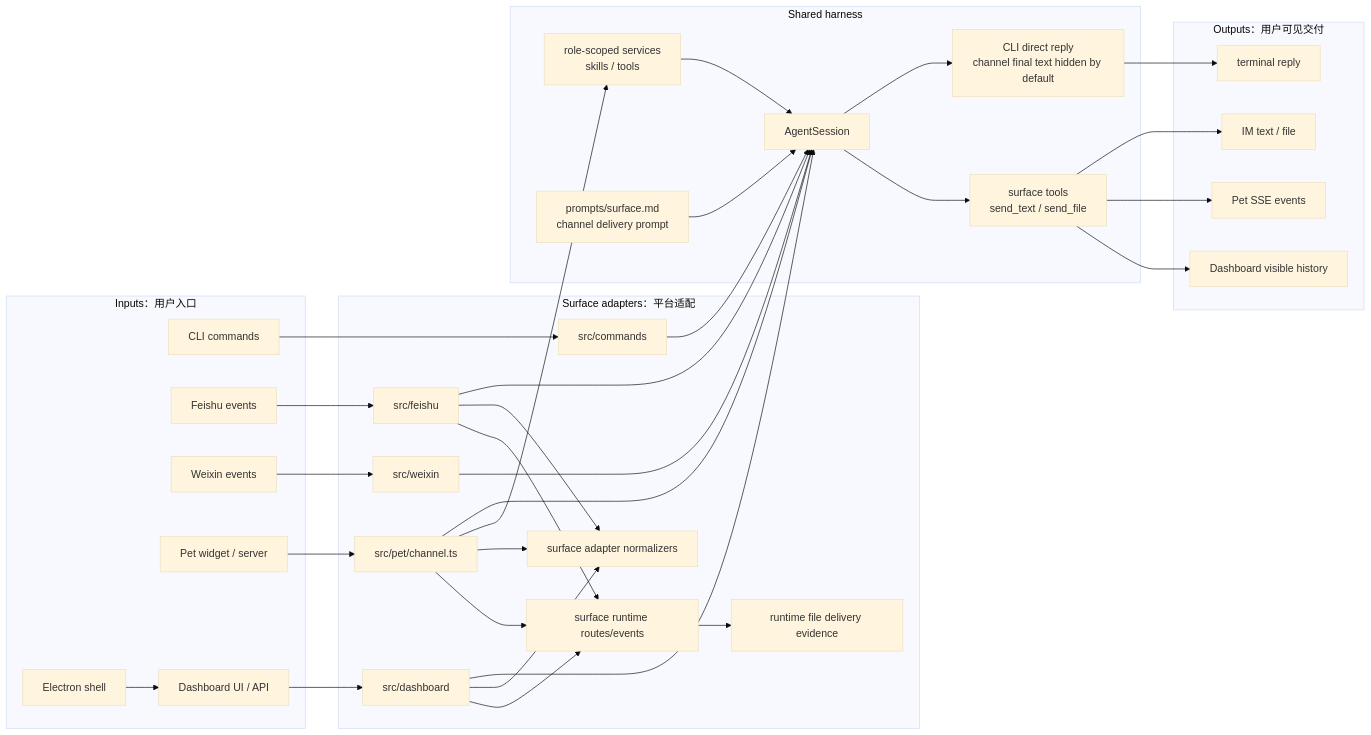
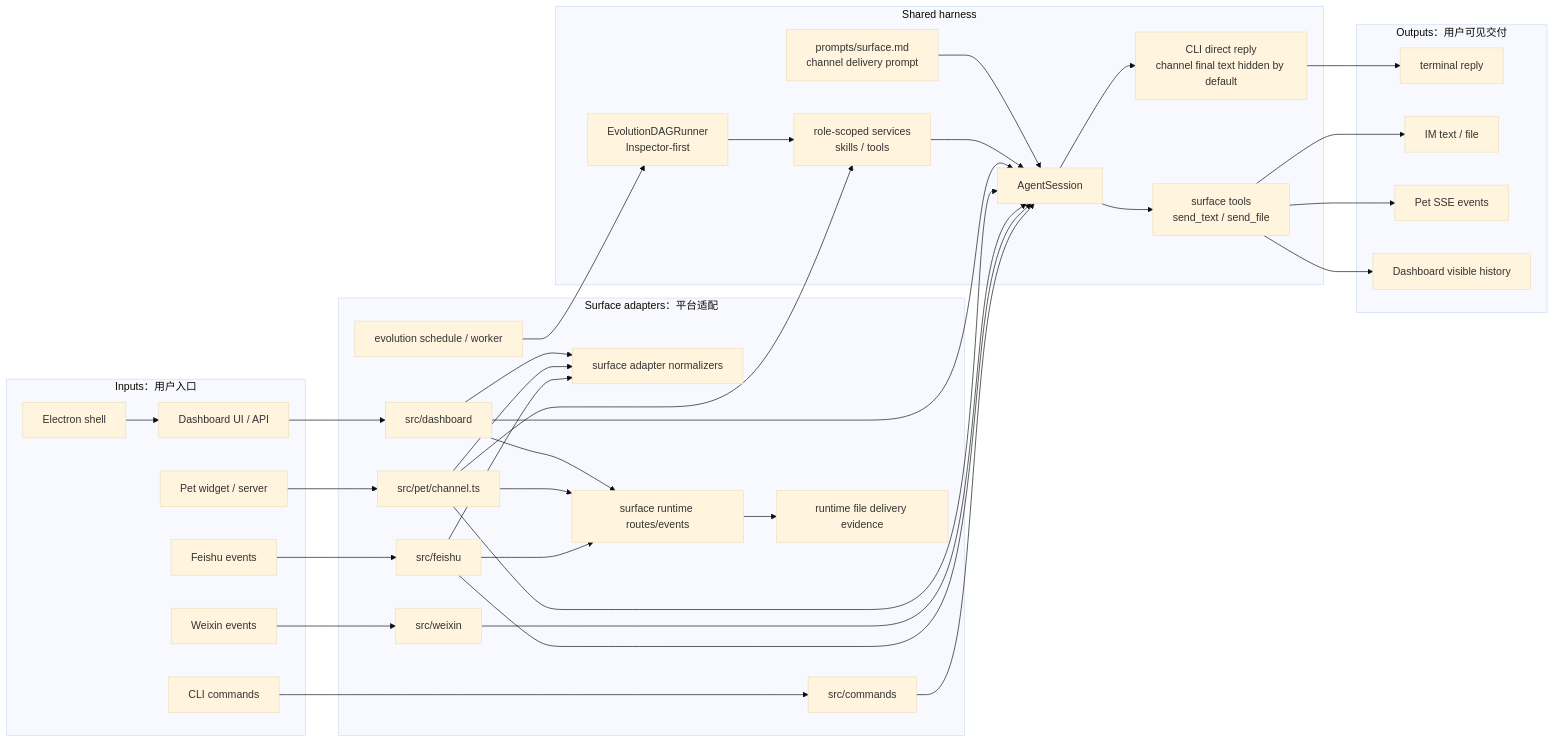
The first of 2 diagrams in docs/surface/SPEC.md (fightheyyy/XiaoBa-CLI), drawn with Mermaid (base theme) before and after one commit. The commit also changed other lines of this file and 103 other files, not shown here.

````diff
--- a/docs/surface/SPEC.md
+++ b/docs/surface/SPEC.md
@@ -41,65 +41,69 @@
 ```mermaid
 flowchart LR
     subgraph Inputs["Inputs：用户入口"]
         CLI["CLI commands"]
         Feishu["Feishu events"]
         Weixin["Weixin events"]
         Pet["Pet widget / server"]
         Dashboard["Dashboard UI / API"]
         Electron["Electron shell"]
     end
 
     subgraph SurfaceAdapters["Surface adapters：平台适配"]
         Commands["src/commands"]
+        Scheduler["evolution schedule / worker"]
         FeishuAdapter["src/feishu"]
         WeixinAdapter["src/weixin"]
         PetChannel["src/pet/channel.ts"]
         DashboardServer["src/dashboard"]
         AdapterContract["surface adapter normalizers"]
         RuntimeSmoke["surface runtime routes/events"]
         RuntimeFile["runtime file delivery evidence"]
     end
 
     subgraph Harness["Shared harness"]
         Session["AgentSession"]
+        EvolutionDAG["EvolutionDAGRunner<br/>Inspector-first"]
         RoleScopedServices["role-scoped services<br/>skills / tools"]
         SurfacePrompt["prompts/surface.md<br/>channel delivery prompt"]
         SurfaceTools["surface tools<br/>send_text / send_file"]
         DirectReply["CLI direct reply<br/>channel final text hidden by default"]
     end
 
     subgraph Outputs["Outputs：用户可见交付"]
         Terminal["terminal reply"]
         IMReply["IM text / file"]
         PetSSE["Pet SSE events"]
         DashboardView["Dashboard visible history"]
     end
 
     CLI --> Commands
+    Scheduler --> EvolutionDAG
+    EvolutionDAG --> RoleScopedServices
     Feishu --> FeishuAdapter
     Weixin --> WeixinAdapter
     Pet --> PetChannel
     Dashboard --> DashboardServer
     Electron --> Dashboard
     Commands --> Session
     FeishuAdapter --> Session
     WeixinAdapter --> Session
     PetChannel --> Session
     DashboardServer --> Session
     PetChannel --> RoleScopedServices
     RoleScopedServices --> Session
     FeishuAdapter --> AdapterContract
     PetChannel --> AdapterContract
     DashboardServer --> AdapterContract
     FeishuAdapter --> RuntimeSmoke
     PetChannel --> RuntimeSmoke
     DashboardServer --> RuntimeSmoke
     RuntimeSmoke --> RuntimeFile
     SurfacePrompt --> Session
     Session --> DirectReply
     Session --> SurfaceTools
     DirectReply --> Terminal
     SurfaceTools --> IMReply
     SurfaceTools --> PetSSE
     SurfaceTools --> DashboardView
 ```
````
